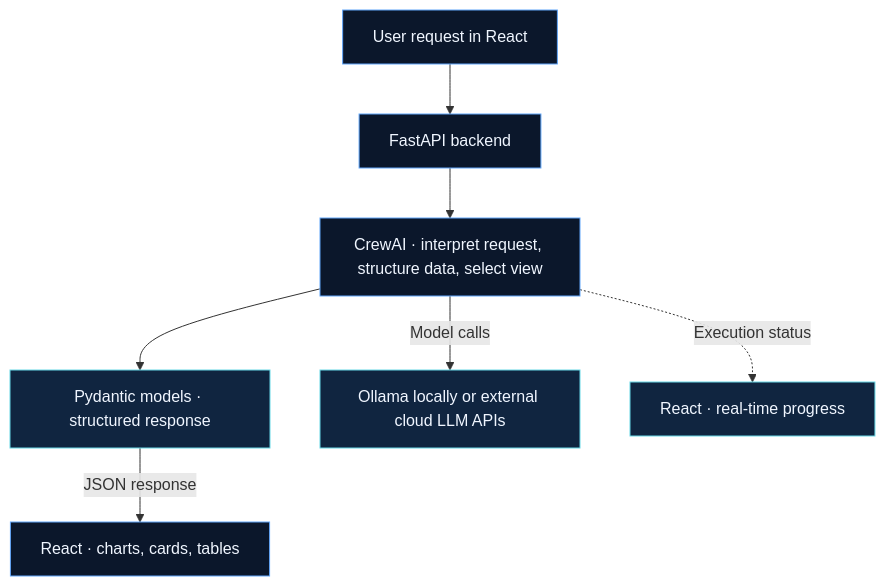
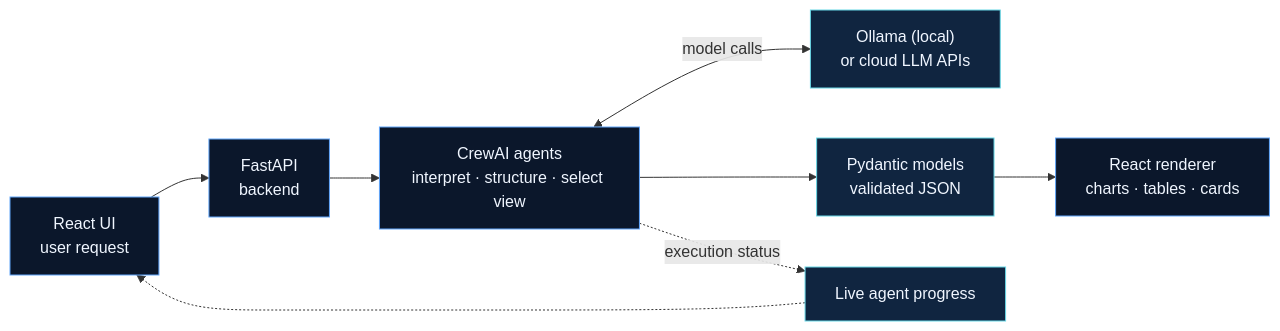
The diagram in README.md (AliNoorian90/AliNoorian90), drawn with Mermaid before and after one commit. The commit also changed other lines of this file, not shown here.

````diff
--- a/README.md
+++ b/README.md
@@ -29,17 +37,15 @@
 ```mermaid
-flowchart TD
-    accTitle: Multi-Agent Generative UI request and rendering flow
-    accDescr: A request moves from React to FastAPI and CrewAI. Agents can use local or cloud models. The structured result returns as JSON to React, which renders a data view and shows agent progress.
-
-    request["User request in React"] --> api["FastAPI backend"]
-    api --> crew["CrewAI · interpret request, structure data, select view"]
-    crew --> contract["Pydantic models · structured response"]
-    contract -->|"JSON response"| render["React · charts, cards, tables"]
-    crew -->|"Model calls"| models["Ollama locally or external cloud LLM APIs"]
-    crew -.->|"Execution status"| progress["React · real-time progress"]
+flowchart LR
+    U["React UI<br/>user request"] --> A["FastAPI<br/>backend"]
+    A --> C["CrewAI agents<br/>interpret · structure · select view"]
+    C <-->|"model calls"| M["Ollama (local)<br/>or cloud LLM APIs"]
+    C --> P["Pydantic models<br/>validated JSON"]
+    P --> R["React renderer<br/>charts · tables · cards"]
+    C -.->|"execution status"| S["Live agent progress"]
+    S -.-> U
 
     classDef app fill:#0B172B,stroke:#60A5FA,color:#F0F6FF;
-    classDef boundary fill:#102540,stroke:#67D7E6,color:#F0F6FF;
-    class request,api,crew,render app;
-    class contract,models,progress boundary;
+    classDef edge fill:#102540,stroke:#67D7E6,color:#F0F6FF;
+    class U,A,C,R app;
+    class M,P,S edge;
 ```
````
